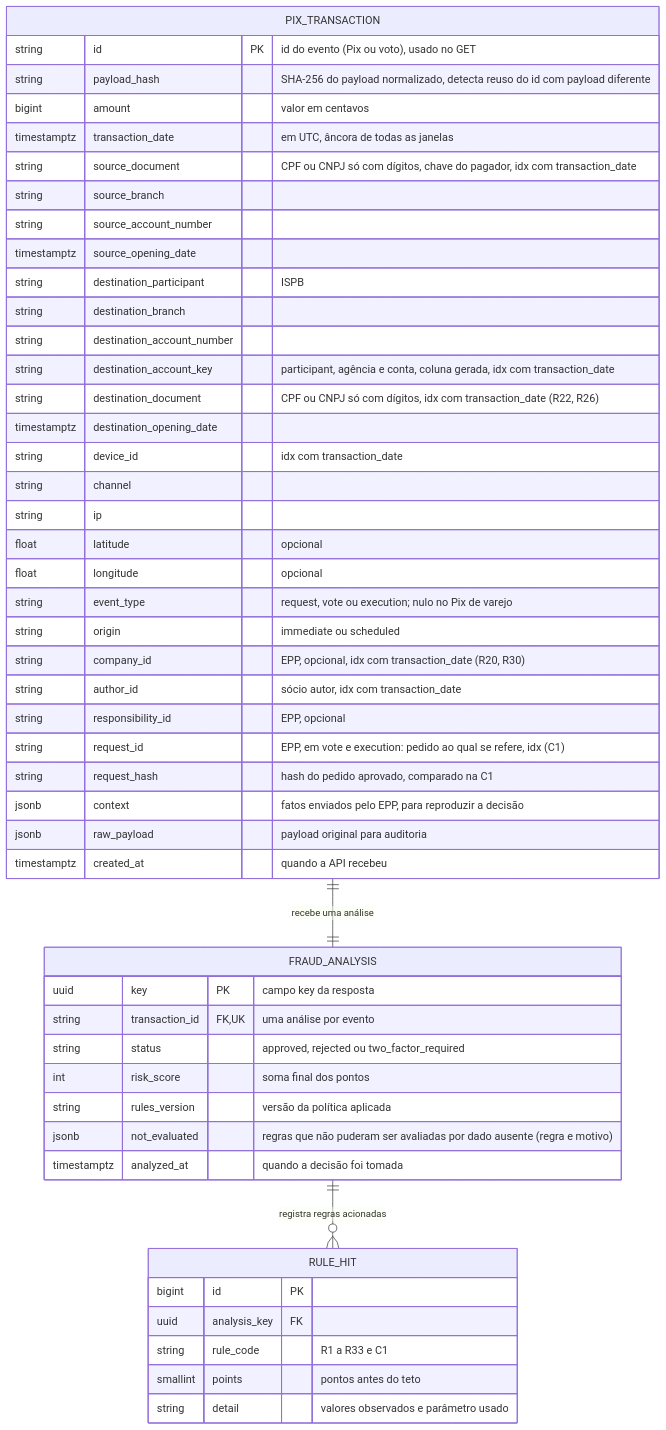
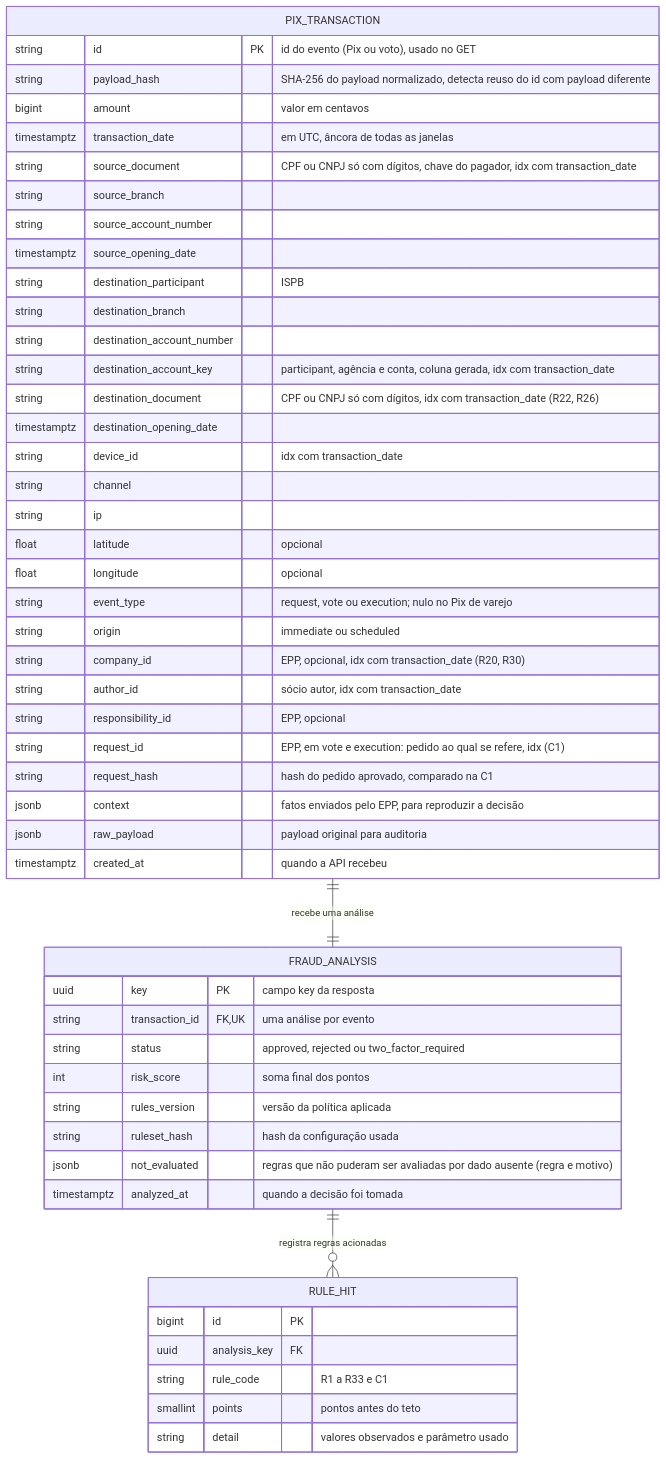
One commit to Hugo-Fuente/QIHackathon-Validacao-de-PIX changed the diagram in rfc_antifraude_pix.md. Above: the diagram before and after it, drawn with Mermaid. The commit also changed other lines of this file and 20 other files, not shown here.

````diff
--- a/rfc_antifraude_pix.md
+++ b/rfc_antifraude_pix.md
@@ -94,55 +94,56 @@
 ```mermaid
 erDiagram
     PIX_TRANSACTION ||--|| FRAUD_ANALYSIS : "recebe uma análise"
     FRAUD_ANALYSIS ||--o{ RULE_HIT : "registra regras acionadas"
 
     PIX_TRANSACTION {
         string id PK "id do evento (Pix ou voto), usado no GET"
         string payload_hash "SHA-256 do payload normalizado, detecta reuso do id com payload diferente"
         bigint amount "valor em centavos"
         timestamptz transaction_date "em UTC, âncora de todas as janelas"
         string source_document "CPF ou CNPJ só com dígitos, chave do pagador, idx com transaction_date"
         string source_branch
         string source_account_number
         timestamptz source_opening_date
         string destination_participant "ISPB"
         string destination_branch
         string destination_account_number
         string destination_account_key "participant, agência e conta, coluna gerada, idx com transaction_date"
         string destination_document "CPF ou CNPJ só com dígitos, idx com transaction_date (R22, R26)"
         timestamptz destination_opening_date
         string device_id "idx com transaction_date"
         string channel
         string ip
         float latitude "opcional"
         float longitude "opcional"
         string event_type "request, vote ou execution; nulo no Pix de varejo"
         string origin "immediate ou scheduled"
         string company_id "EPP, opcional, idx com transaction_date (R20, R30)"
         string author_id "sócio autor, idx com transaction_date"
         string responsibility_id "EPP, opcional"
         string request_id "EPP, em vote e execution: pedido ao qual se refere, idx (C1)"
         string request_hash "hash do pedido aprovado, comparado na C1"
         jsonb context "fatos enviados pelo EPP, para reproduzir a decisão"
         jsonb raw_payload "payload original para auditoria"
         timestamptz created_at "quando a API recebeu"
     }
 
     FRAUD_ANALYSIS {
         uuid key PK "campo key da resposta"
         string transaction_id FK, UK "uma análise por evento"
         string status "approved, rejected ou two_factor_required"
         int risk_score "soma final dos pontos"
         string rules_version "versão da política aplicada"
+        string ruleset_hash "hash da configuração usada"
         jsonb not_evaluated "regras que não puderam ser avaliadas por dado ausente (regra e motivo)"
         timestamptz analyzed_at "quando a decisão foi tomada"
     }
 
     RULE_HIT {
         bigint id PK
         uuid analysis_key FK
         string rule_code "R1 a R33 e C1"
         smallint points "pontos antes do teto"
         string detail "valores observados e parâmetro usado"
     }
 ```
````
